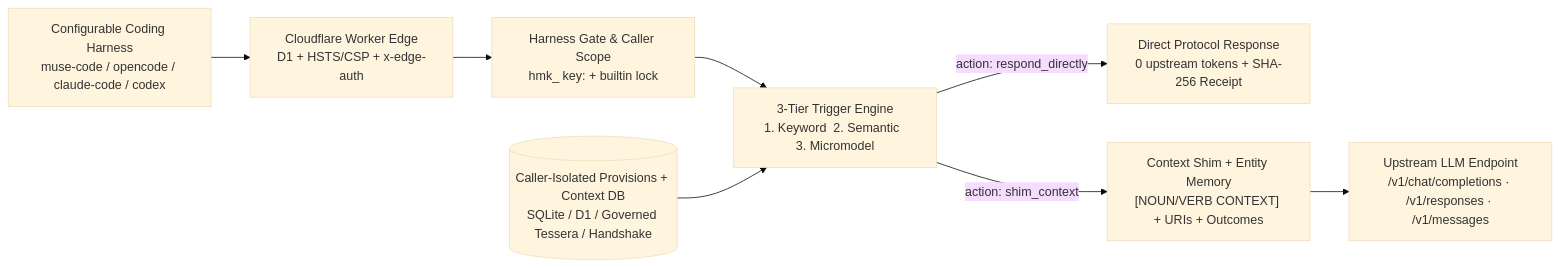
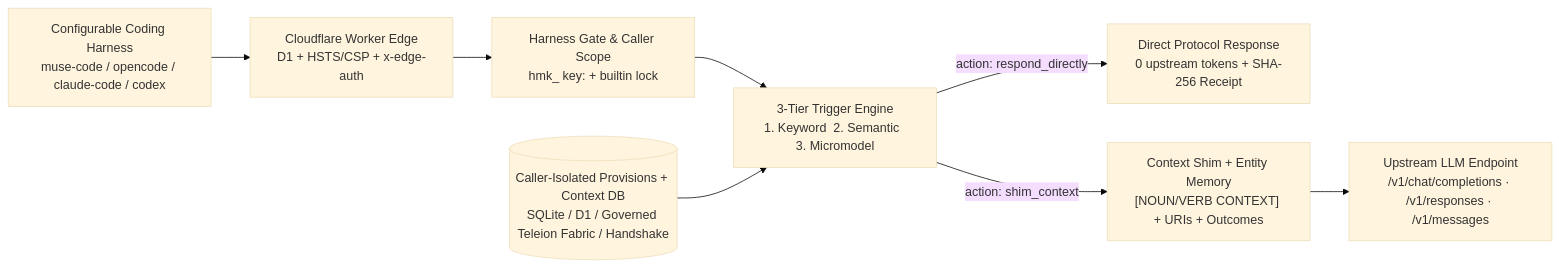
One commit to ta-amps/herma-infrastructure-shim-for-intelligent-agents changed the diagram in docs/architecture.md. Above: the diagram before and after it, drawn with Mermaid (base theme). The commit also changed other lines of this file and 16 other files, not shown here.

Commit message:
README and docs say Teleion Fabric in prose; See it, Limits and agent snippet

````diff
--- a/docs/architecture.md
+++ b/docs/architecture.md
@@ -5,10 +5,10 @@
 ```mermaid
 flowchart LR
   H["Configurable Coding Harness<br/>muse-code / opencode / claude-code / codex"] --> E["Cloudflare Worker Edge<br/>D1 + HSTS/CSP + x-edge-auth"]
   E --> G["Harness Gate & Caller Scope<br/>hmk_ key:<id> + builtin lock"]
   G --> T["3-Tier Trigger Engine<br/>1. Keyword  2. Semantic  3. Micromodel"]
-  S[("Caller-Isolated Provisions + Context DB<br/>SQLite / D1 / Governed Tessera / Handshake")] --> T
+  S[("Caller-Isolated Provisions + Context DB<br/>SQLite / D1 / Governed Teleion Fabric / Handshake")] --> T
   T -->|"action: respond_directly"| D["Direct Protocol Response<br/>0 upstream tokens + SHA-256 Receipt"]
   T -->|"action: shim_context"| I["Context Shim + Entity Memory<br/>[NOUN/VERB CONTEXT] + URIs + Outcomes"]
   I --> U["Upstream LLM Endpoint<br/>/v1/chat/completions · /v1/responses · /v1/messages"]
 ```
````
